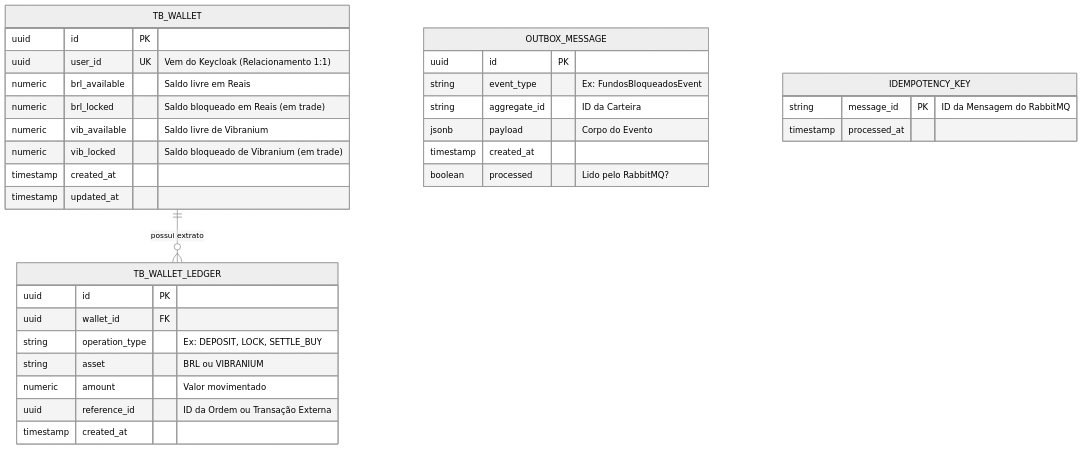
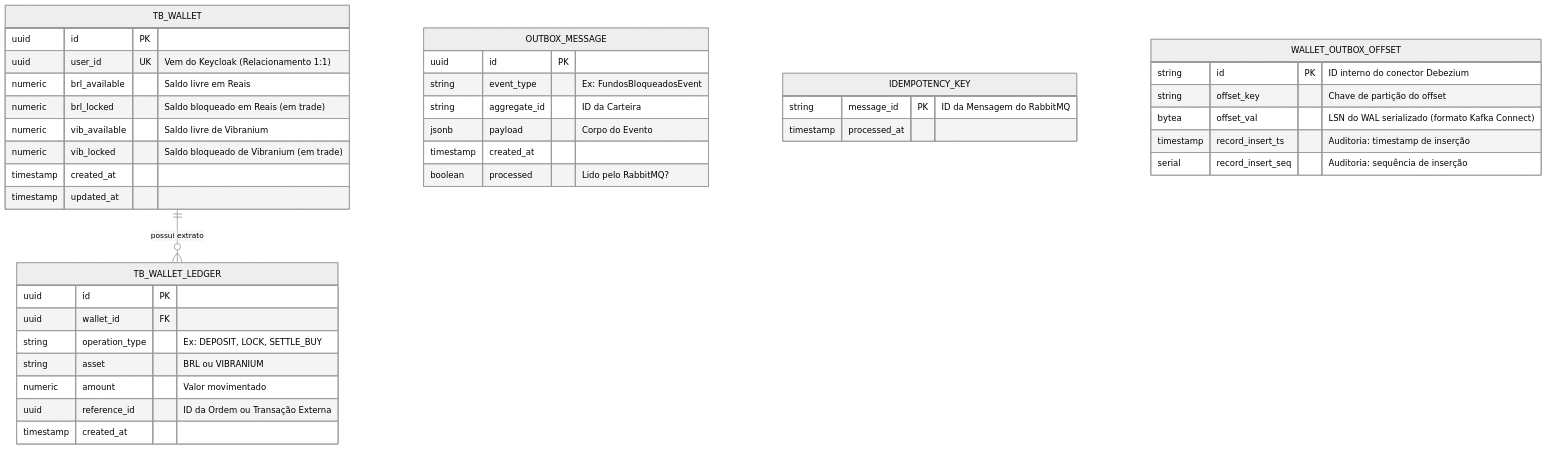
Before and after one commit to ErikZA/offer-book-java: the diagram in docs/database/modelagem-banco-wallet.md, drawn with Mermaid (neutral theme). The commit also changed other lines of this file and 9 other files, not shown here.

````diff
--- a/docs/database/modelagem-banco-wallet.md
+++ b/docs/database/modelagem-banco-wallet.md
@@ -9,39 +9,47 @@
 ```mermaid
 erDiagram
     TB_WALLET ||--o{ TB_WALLET_LEDGER : "possui extrato"
     TB_WALLET {
         uuid id PK
         uuid user_id UK "Vem do Keycloak (Relacionamento 1:1)"
         numeric brl_available "Saldo livre em Reais"
         numeric brl_locked "Saldo bloqueado em Reais (em trade)"
         numeric vib_available "Saldo livre de Vibranium"
         numeric vib_locked "Saldo bloqueado de Vibranium (em trade)"
         timestamp created_at
         timestamp updated_at
     }
 
     TB_WALLET_LEDGER {
         uuid id PK
         uuid wallet_id FK
         string operation_type "Ex: DEPOSIT, LOCK, SETTLE_BUY"
         string asset "BRL ou VIBRANIUM"
         numeric amount "Valor movimentado"
         uuid reference_id "ID da Ordem ou Transação Externa"
         timestamp created_at
     }
 
     OUTBOX_MESSAGE {
         uuid id PK
         string event_type "Ex: FundosBloqueadosEvent"
         string aggregate_id "ID da Carteira"
         jsonb payload "Corpo do Evento"
         timestamp created_at
         boolean processed "Lido pelo RabbitMQ?"
     }
 
     IDEMPOTENCY_KEY {
         string message_id PK "ID da Mensagem do RabbitMQ"
         timestamp processed_at
     }
 
+    WALLET_OUTBOX_OFFSET {
+        string id PK "ID interno do conector Debezium"
+        string offset_key "Chave de partição do offset"
+        bytea offset_val "LSN do WAL serializado (formato Kafka Connect)"
+        timestamp record_insert_ts "Auditoria: timestamp de inserção"
+        serial record_insert_seq "Auditoria: sequência de inserção"
+    }
+
 ```
````
